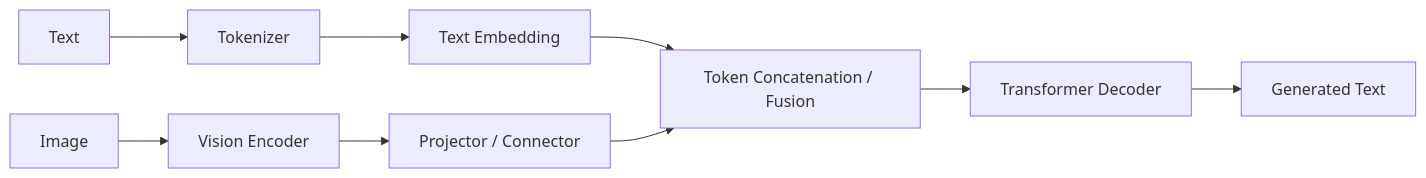
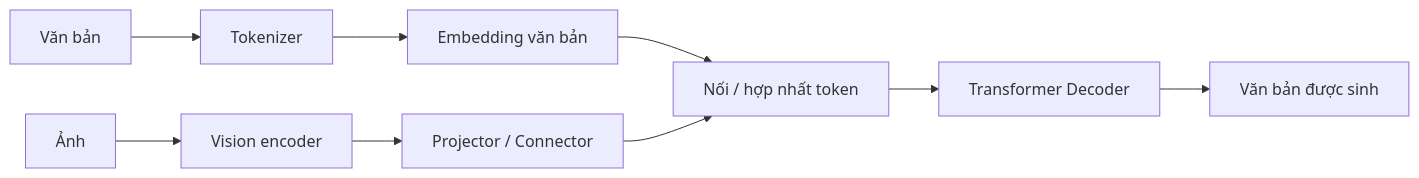
One commit to cycler04/VinRobotics-VLA changed the second of 7 diagrams in docs/research_finding/01-gwen/broad_overview/LLM_VLM/llm_vlm_difference.md. Above: the diagram before and after it, drawn with Mermaid. The commit also changed other lines of this file and 79 other files, not shown here.

````diff
--- a/docs/research_finding/01-gwen/broad_overview/LLM_VLM/llm_vlm_difference.md
+++ b/docs/research_finding/01-gwen/broad_overview/LLM_VLM/llm_vlm_difference.md
@@ -17,11 +17,11 @@
 ```mermaid
 flowchart LR
-    I[Image] --> VE[Vision Encoder]
-    TXT[Text] --> TK[Tokenizer]
-    TK --> TE[Text Embedding]
+    I[Ảnh] --> VE[Vision encoder]
+    TXT[Văn bản] --> TK[Tokenizer]
+    TK --> TE[Embedding văn bản]
     VE --> PJ[Projector / Connector]
-    TE --> FUSION[Token Concatenation / Fusion]
+    TE --> FUSION[Nối / hợp nhất token]
     PJ --> FUSION
     FUSION --> LLM[Transformer Decoder]
-    LLM --> OUT[Generated Text]
+    LLM --> OUT[Văn bản được sinh]
 ```
````
